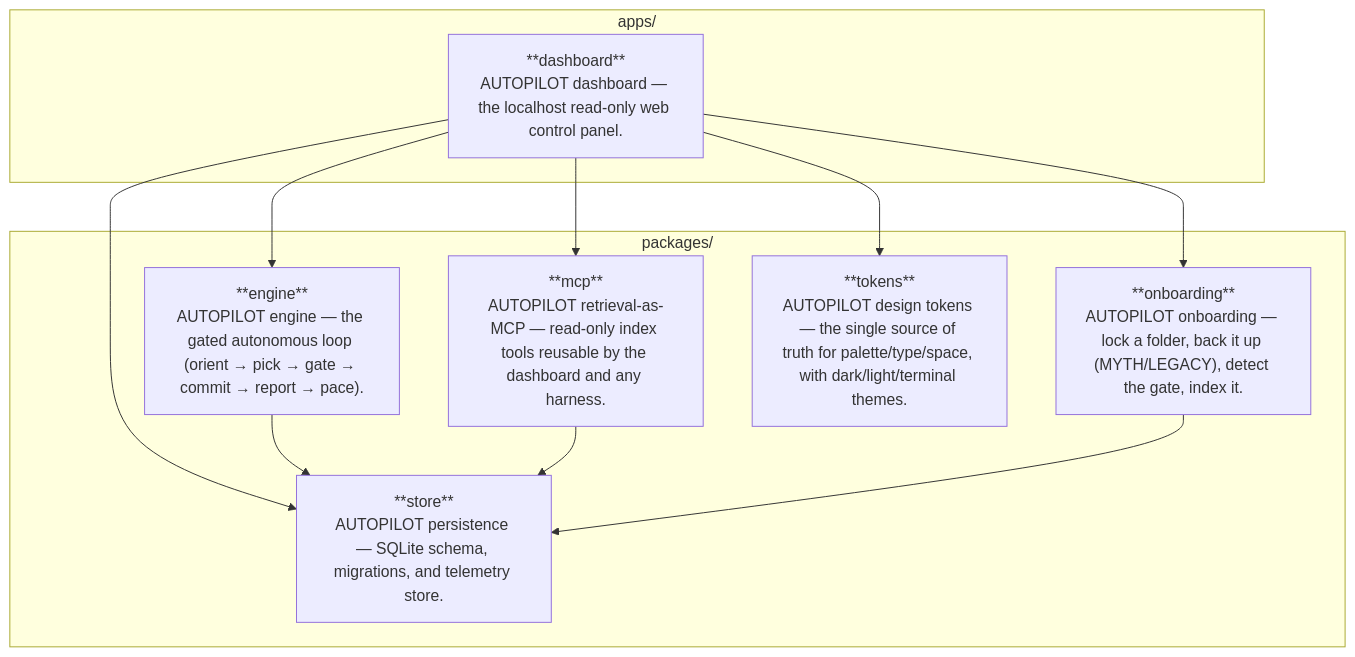
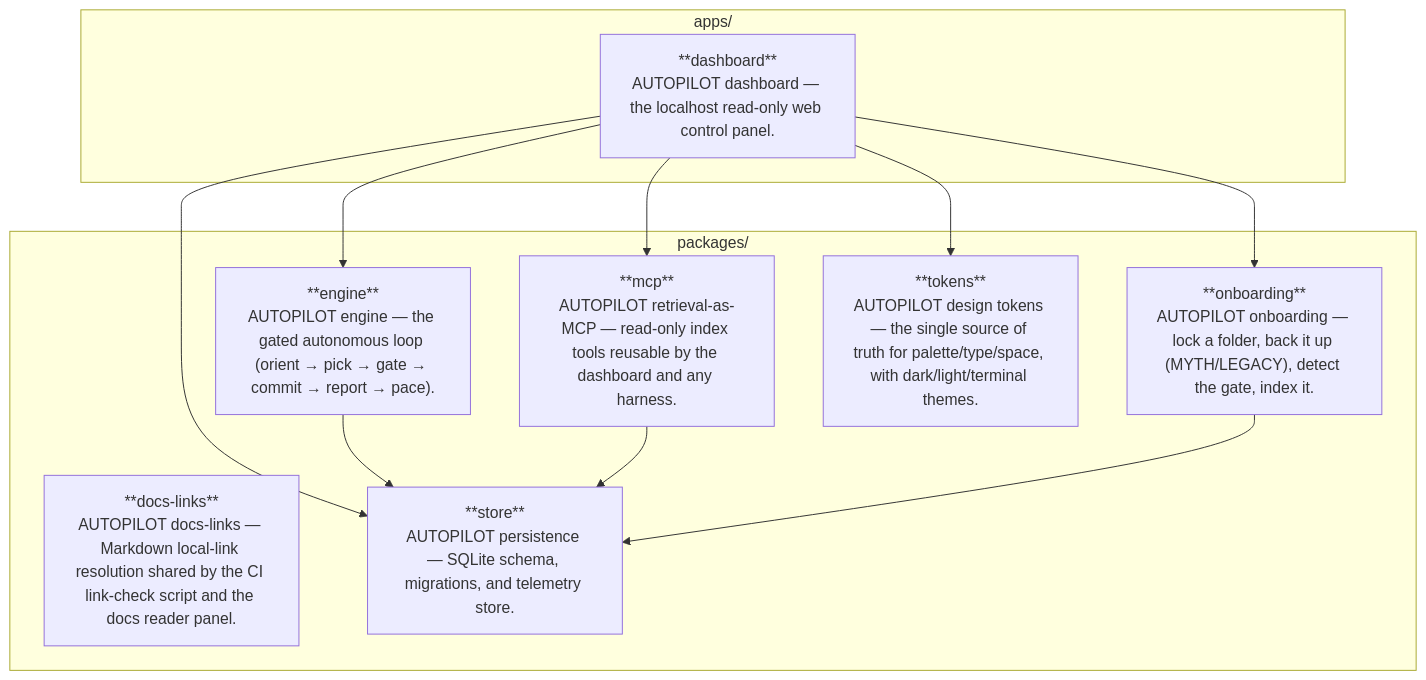
Before and after one commit to M-A-S-T-E-R-M-I-N-D/AUTOPILOT: the second of 2 diagrams in docs/ARCHITECTURE.md, drawn with Mermaid. The commit also changed other lines of this file, not shown here.

First line of the commit message:
docs(architecture): regenerate container diagram for @autopilot/docs-links

````diff
--- a/docs/ARCHITECTURE.md
+++ b/docs/ARCHITECTURE.md
@@ -43,21 +43,22 @@
 ```mermaid
 flowchart TD
   subgraph packages["packages/"]
+    docs_links["**docs-links**<br/>AUTOPILOT docs-links — Markdown local-link resolution shared by the CI link-check script and the docs reader panel."]
     engine["**engine**<br/>AUTOPILOT engine — the gated autonomous loop (orient → pick → gate → commit → report → pace)."]
     mcp["**mcp**<br/>AUTOPILOT retrieval-as-MCP — read-only index tools reusable by the dashboard and any harness."]
     onboarding["**onboarding**<br/>AUTOPILOT onboarding — lock a folder, back it up (MYTH/LEGACY), detect the gate, index it."]
     store["**store**<br/>AUTOPILOT persistence — SQLite schema, migrations, and telemetry store."]
     tokens["**tokens**<br/>AUTOPILOT design tokens — the single source of truth for palette/type/space, with dark/light/terminal themes."]
   end
   subgraph apps["apps/"]
     dashboard["**dashboard**<br/>AUTOPILOT dashboard — the localhost read-only web control panel."]
   end
   dashboard --> engine
   dashboard --> mcp
   dashboard --> onboarding
   dashboard --> store
   dashboard --> tokens
   engine --> store
   mcp --> store
   onboarding --> store
 ```
````
